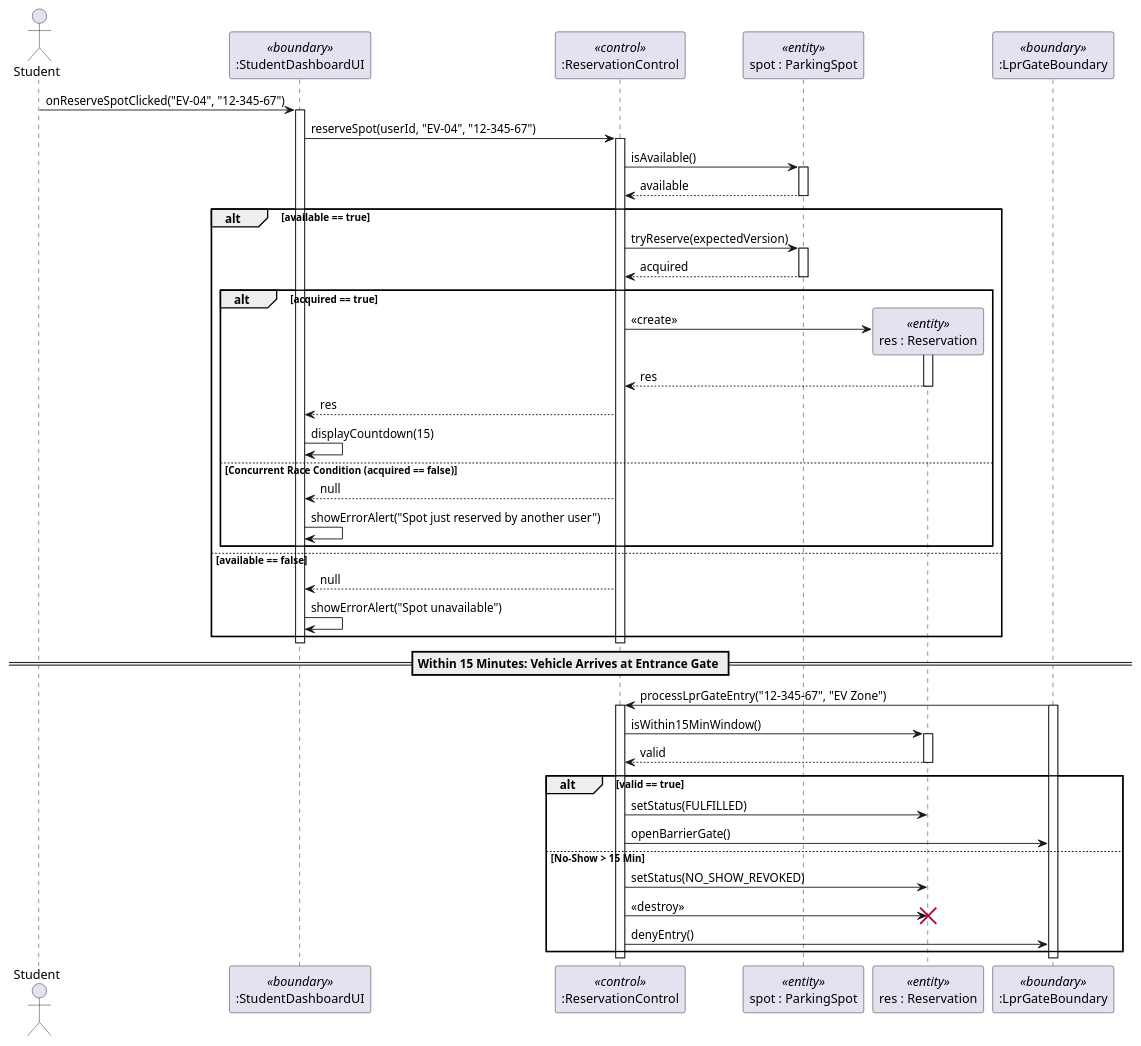
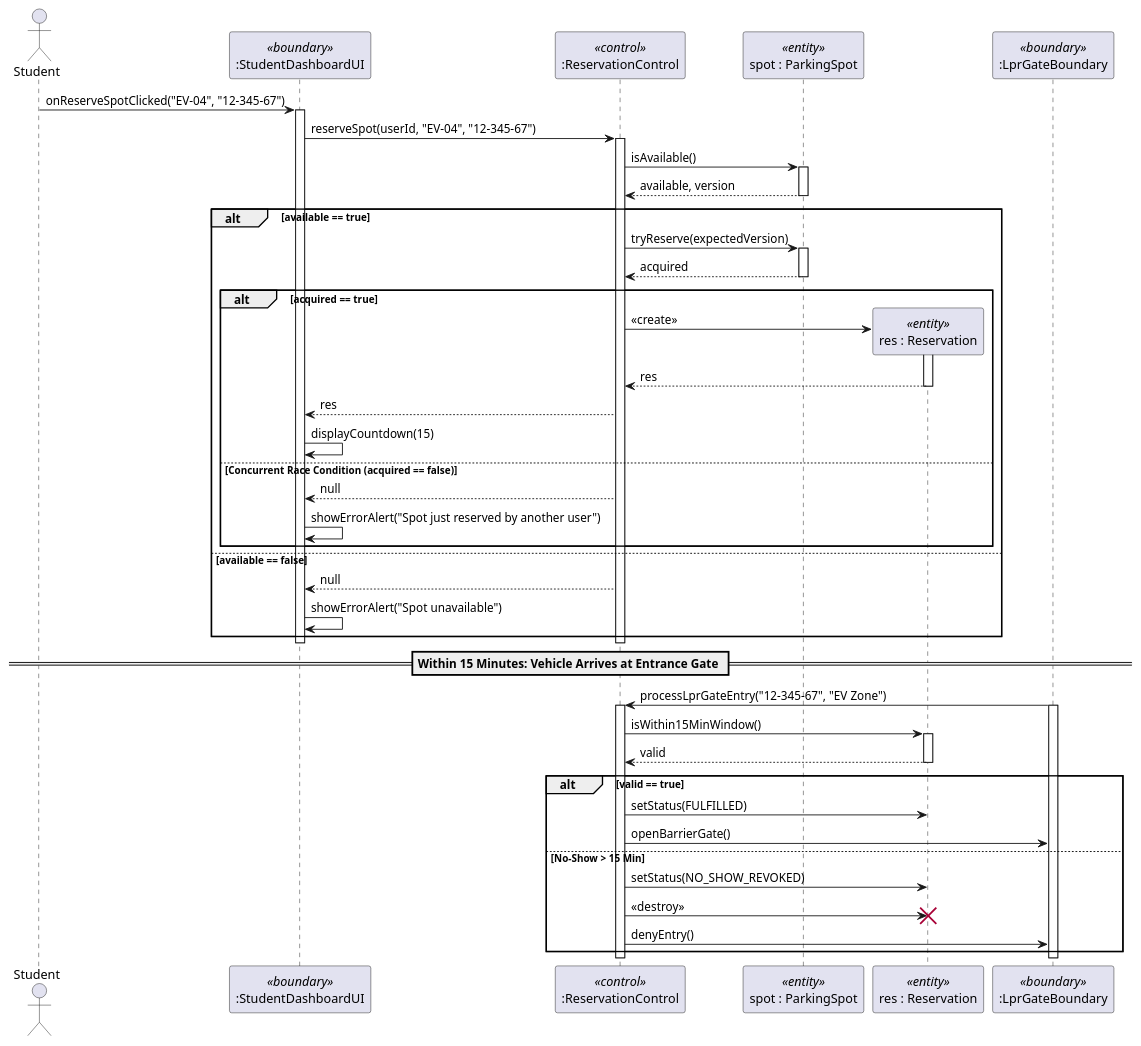
The diagram in diagrams/sequence_reservation_ecb.puml (liorshor27/Ex4_SmartParking_Design), drawn with PlantUML before and after one commit. The commit also changed 2 other files, not shown here.

Commit message:
Part 4 improvement: show optimistic-lock version in Sequence 1 (available, version)

```diff
--- a/diagrams/sequence_reservation_ecb.puml
+++ b/diagrams/sequence_reservation_ecb.puml
@@ -1,63 +1,63 @@
 @startuml
 actor Student
 participant ":StudentDashboardUI" as UI <<boundary>>
 participant ":ReservationControl" as Ctrl <<control>>
 participant "spot : ParkingSpot" as Spot <<entity>>
 participant "res : Reservation" as Res <<entity>>
 participant ":LprGateBoundary" as LPR <<boundary>>
 
 Student -> UI : onReserveSpotClicked("EV-04", "12-345-67")
 activate UI
 UI -> Ctrl : reserveSpot(userId, "EV-04", "12-345-67")
 activate Ctrl
 Ctrl -> Spot : isAvailable()
 activate Spot
-Spot --> Ctrl : available
+Spot --> Ctrl : available, version
 deactivate Spot
 
 alt available == true
   Ctrl -> Spot : tryReserve(expectedVersion)
   activate Spot
   Spot --> Ctrl : acquired
   deactivate Spot
   alt acquired == true
     create Res
     Ctrl -> Res : <<create>>
     activate Res
     Res --> Ctrl : res
     deactivate Res
     Ctrl --> UI : res
     UI -> UI : displayCountdown(15)
   else Concurrent Race Condition (acquired == false)
     Ctrl --> UI : null
     UI -> UI : showErrorAlert("Spot just reserved by another user")
   end
 else available == false
   Ctrl --> UI : null
   UI -> UI : showErrorAlert("Spot unavailable")
 end
 deactivate Ctrl
 deactivate UI
 
 == Within 15 Minutes: Vehicle Arrives at Entrance Gate ==
 
 LPR -> Ctrl : processLprGateEntry("12-345-67", "EV Zone")
 activate LPR
 activate Ctrl
 Ctrl -> Res : isWithin15MinWindow()
 activate Res
 Res --> Ctrl : valid
 deactivate Res
 
 alt valid == true
   Ctrl -> Res : setStatus(FULFILLED)
   Ctrl -> LPR : openBarrierGate()
 else No-Show > 15 Min
   Ctrl -> Res : setStatus(NO_SHOW_REVOKED)
   Ctrl -> Res : <<destroy>>
   destroy Res
   Ctrl -> LPR : denyEntry()
 end
 deactivate Ctrl
 deactivate LPR
 @enduml
```
